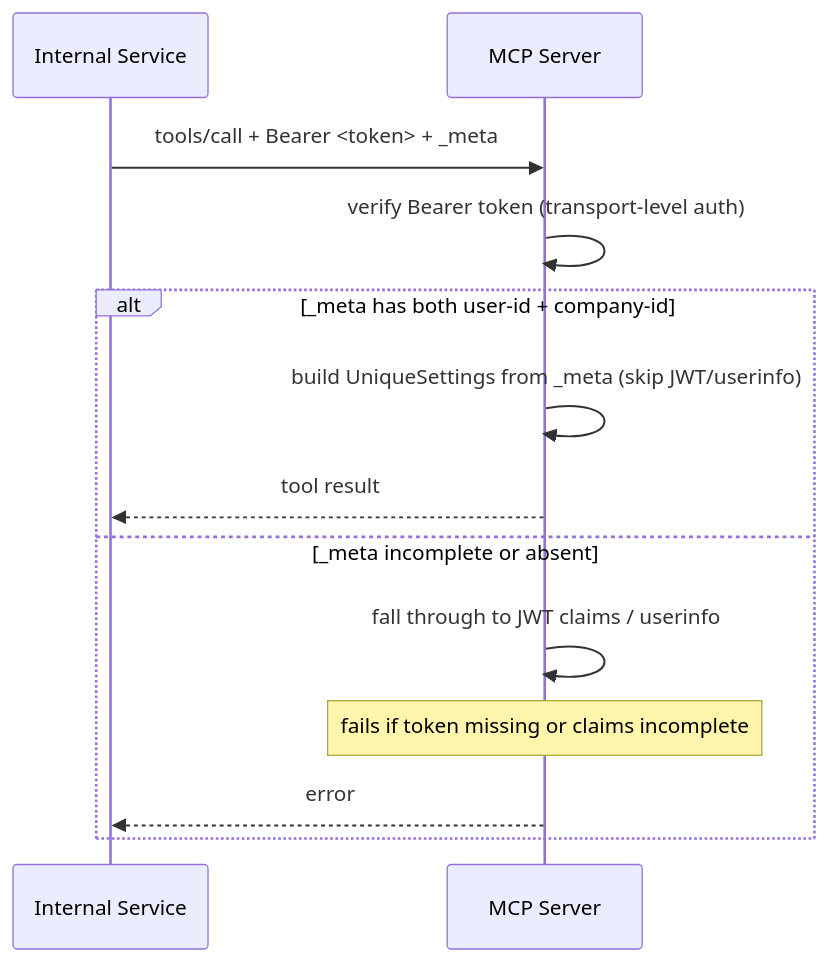
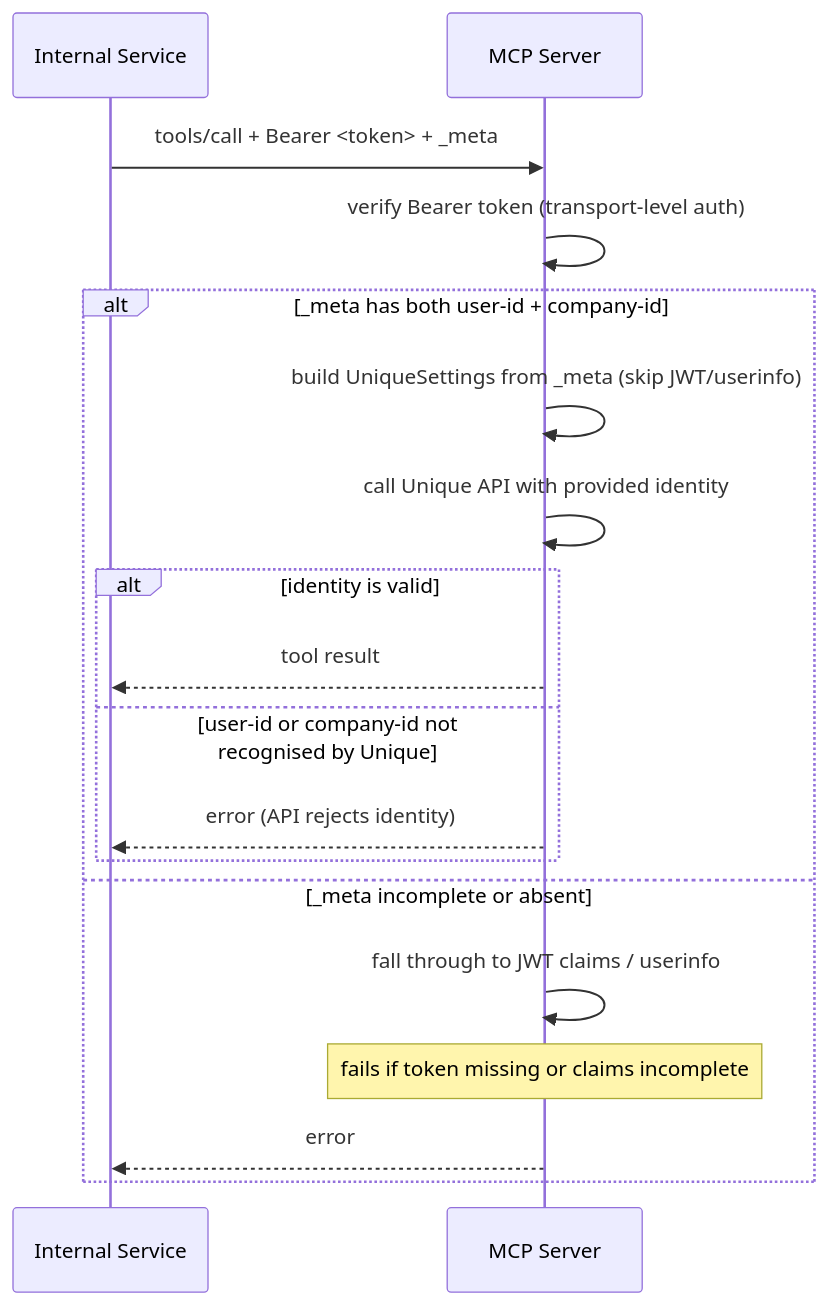
One commit to Unique-AG/ai changed the fourth of 4 diagrams in unique_mcp/README.md. Above: the diagram before and after it, drawn with Mermaid.

Commit message:
docs(unique-mcp): note tool fails if _meta identity is invalid

````diff
--- a/unique_mcp/README.md
+++ b/unique_mcp/README.md
@@ -167,16 +167,21 @@
 ```mermaid
 sequenceDiagram
     participant InternalSvc as Internal Service
     participant MCP as MCP Server
 
     InternalSvc->>MCP: tools/call + Bearer <token> + _meta
     MCP->>MCP: verify Bearer token (transport-level auth)
     alt _meta has both user-id + company-id
         MCP->>MCP: build UniqueSettings from _meta (skip JWT/userinfo)
-        MCP-->>InternalSvc: tool result
+        MCP->>MCP: call Unique API with provided identity
+        alt identity is valid
+            MCP-->>InternalSvc: tool result
+        else user-id or company-id not recognised by Unique
+            MCP-->>InternalSvc: error (API rejects identity)
+        end
     else _meta incomplete or absent
         MCP->>MCP: fall through to JWT claims / userinfo
         Note over MCP: fails if token missing or claims incomplete
         MCP-->>InternalSvc: error
     end
 ```
````
